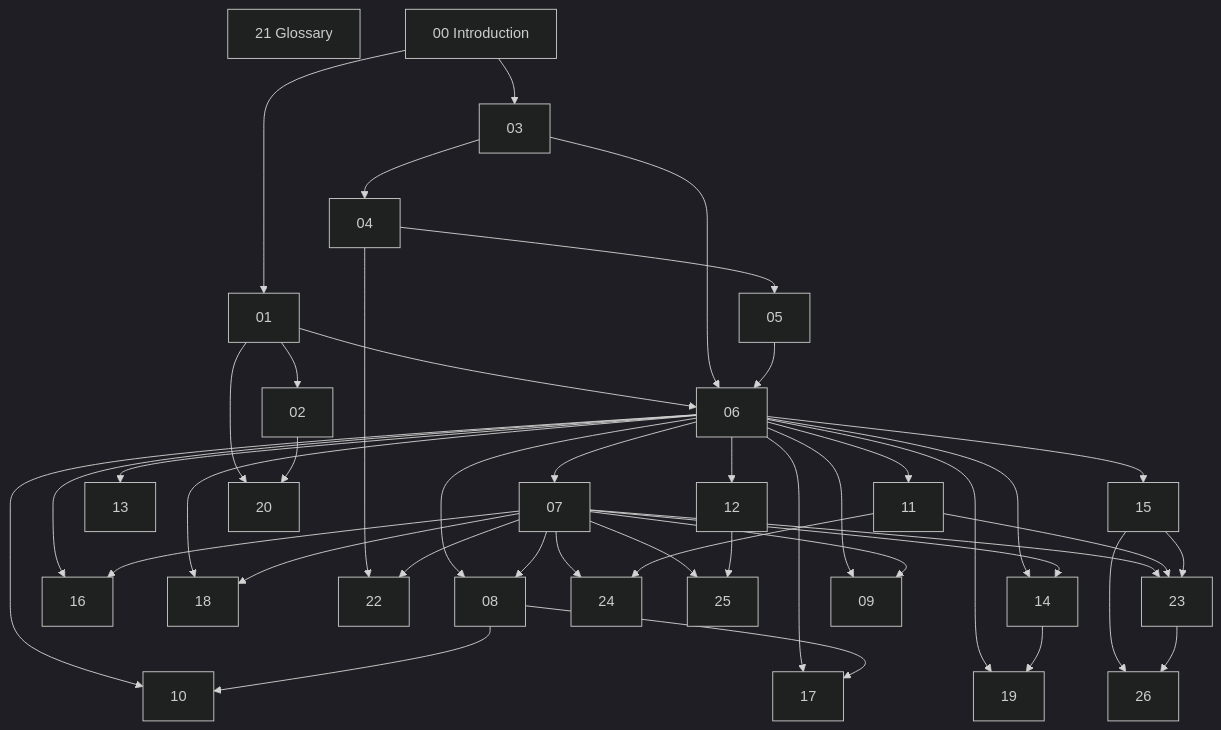
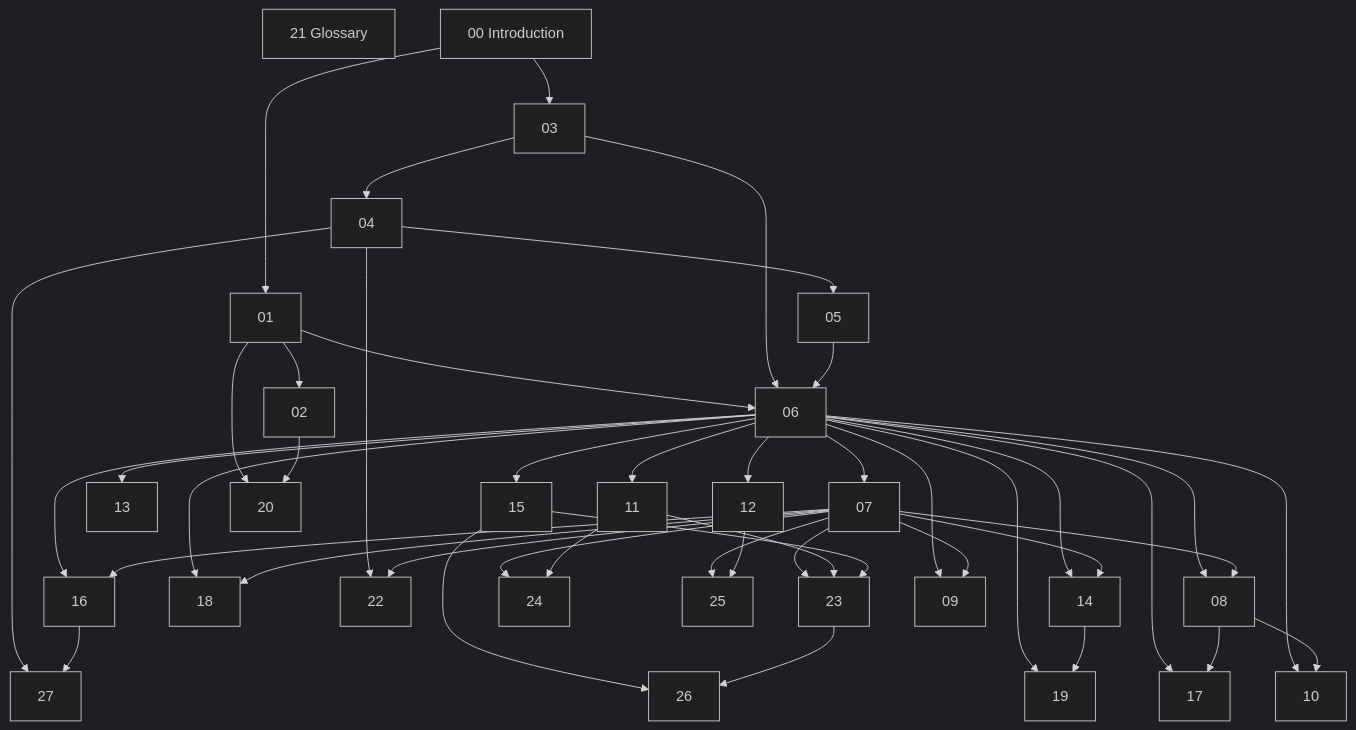
Before and after one commit to willianmarcel/agent-platform-engineering-framework: the diagram in handbook/KNOWLEDGE_GRAPH.md, drawn with Mermaid (dark theme). The commit also changed other lines of this file and 8 other files, not shown here.

````diff
--- a/handbook/KNOWLEDGE_GRAPH.md
+++ b/handbook/KNOWLEDGE_GRAPH.md
@@ -9,47 +9,49 @@
 ```mermaid
 graph TD
   00["00 Introduction"]
   00 --> 01
   01 --> 02
   00 --> 03
   03 --> 04
   04 --> 05
   01 --> 06
   03 --> 06
   05 --> 06
   06 --> 07
   06 --> 08
   07 --> 08
   06 --> 09
   07 --> 09
   06 --> 10
   08 --> 10
   06 --> 11
   06 --> 12
   06 --> 13
   06 --> 14
   07 --> 14
   06 --> 15
   06 --> 16
   07 --> 16
   06 --> 17
   08 --> 17
   06 --> 18
   07 --> 18
   06 --> 19
   14 --> 19
   01 --> 20
   02 --> 20
   21["21 Glossary"]
   04 --> 22
   07 --> 22
   07 --> 23
   11 --> 23
   15 --> 23
   07 --> 24
   11 --> 24
   07 --> 25
   12 --> 25
   15 --> 26
   23 --> 26
+  04 --> 27
+  16 --> 27
 ```
````
